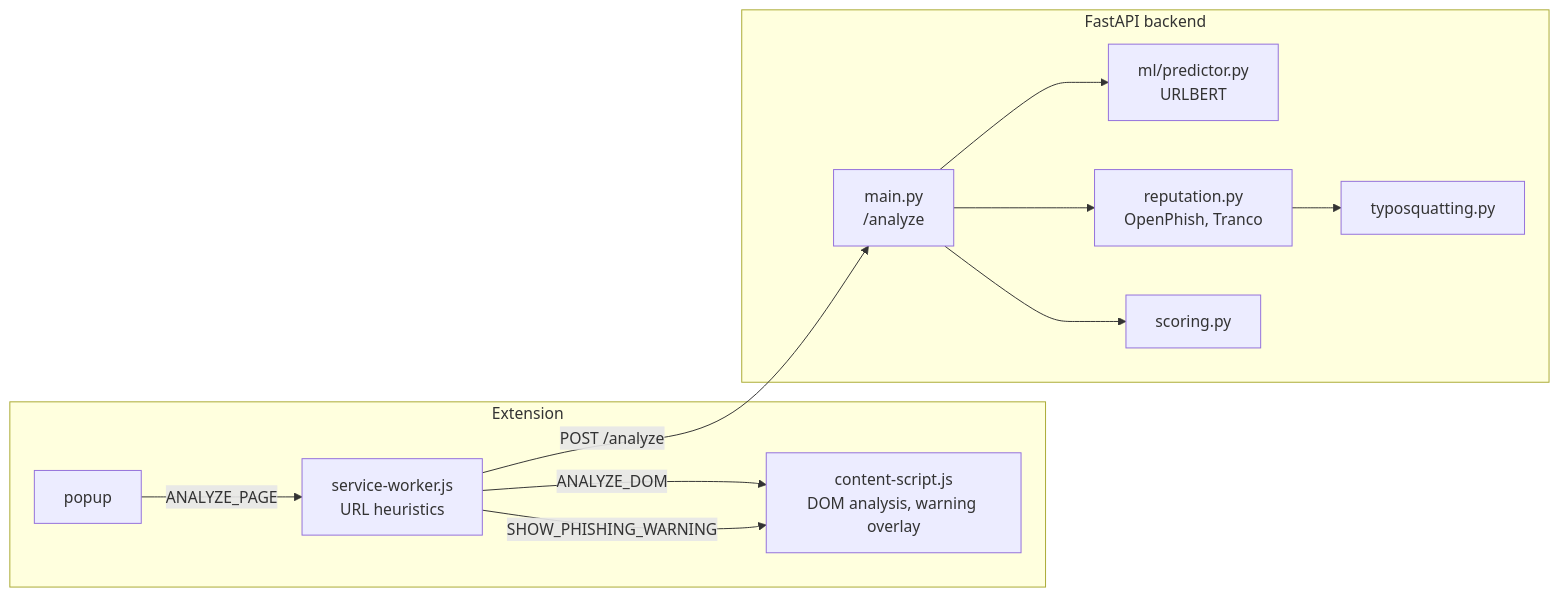
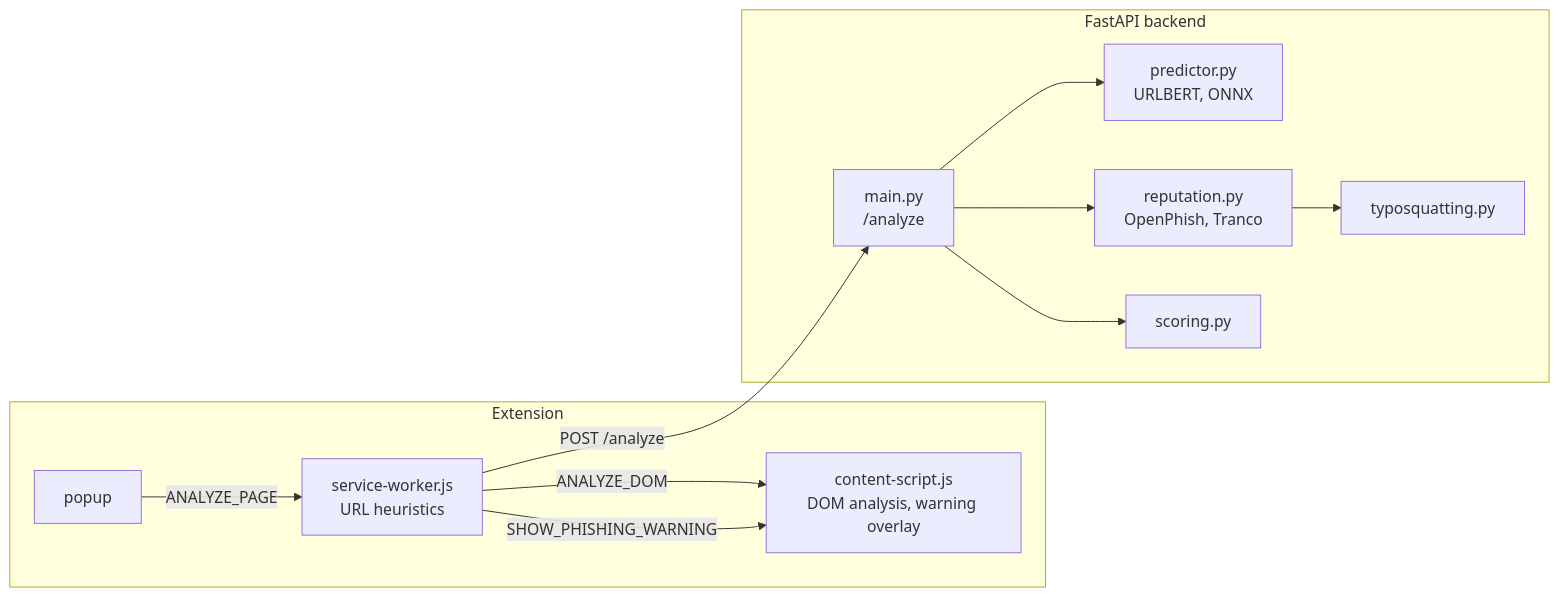
One commit to PapalazovaAna/Phishing_Extension changed the diagram in README.md. Above: the diagram before and after it, drawn with Mermaid. The commit also changed other lines of this file and 2 other files, not shown here.

````diff
--- a/README.md
+++ b/README.md
@@ -17,25 +17,25 @@
 ```mermaid
 flowchart LR
     subgraph Extension
         CS[content-script.js<br/>DOM analysis, warning overlay]
         SW[service-worker.js<br/>URL heuristics]
         P[popup]
     end
 
     subgraph Backend [FastAPI backend]
         API[main.py<br/>/analyze]
-        ML[ml/predictor.py<br/>URLBERT]
+        ML[predictor.py<br/>URLBERT, ONNX]
         REP[reputation.py<br/>OpenPhish, Tranco]
         TYPO[typosquatting.py]
         SC[scoring.py]
     end
 
     P -- ANALYZE_PAGE --> SW
     SW -- ANALYZE_DOM --> CS
     SW -- POST /analyze --> API
     API --> ML
     API --> REP
     REP --> TYPO
     API --> SC
     SW -- SHOW_PHISHING_WARNING --> CS
 ```
````
